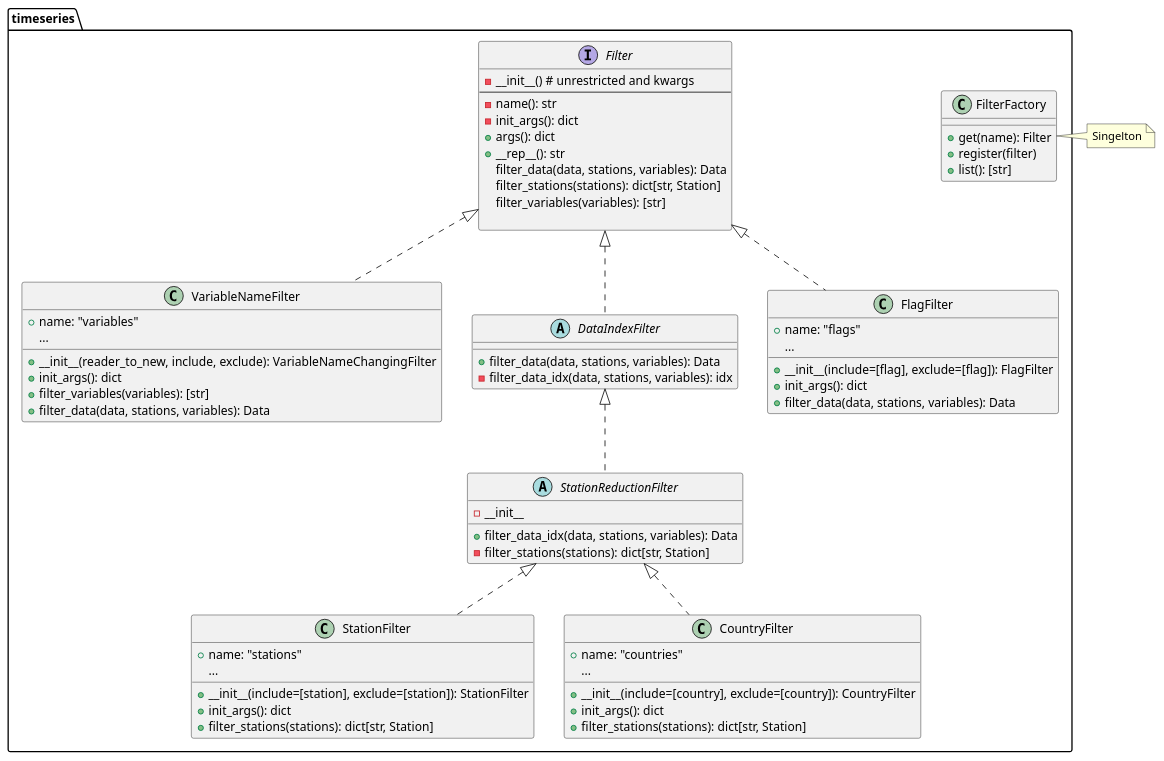
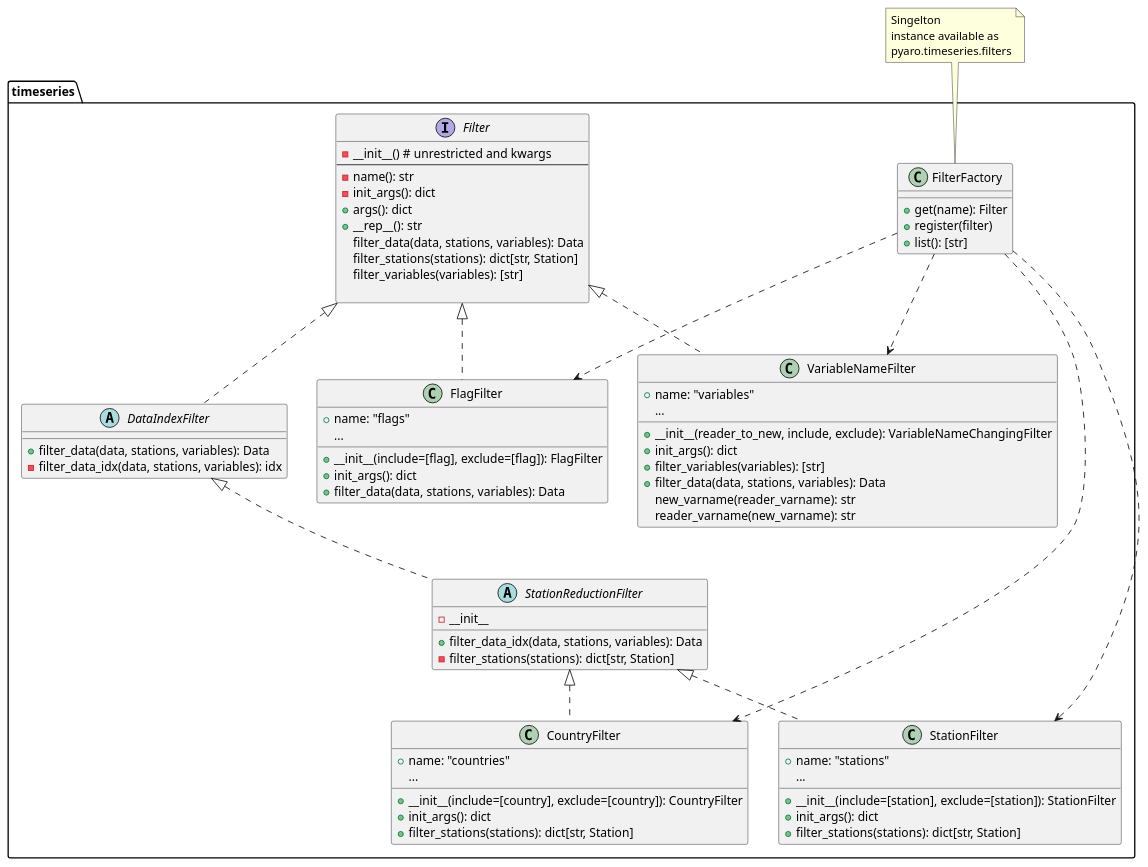
Before and after one commit to metno/pyaro: the diagram in docs/puml/Filter.puml, drawn with PlantUML. The commit also changed 6 other files, not shown here.

Commit message:
adding new AutoFilterReaderEngine helper classes

```diff
--- a/docs/puml/Filter.puml
+++ b/docs/puml/Filter.puml
@@ -1,74 +1,83 @@
 class timeseries.FilterFactory {
     +get(name): Filter
     +register(filter)
     +list(): [str]
 }
-note right of timeseries.FilterFactory
-    Singelton
+note top of timeseries.FilterFactory
+  Singelton
+  instance available as
+  pyaro.timeseries.filters
 end note
 
 interface timeseries.Filter {
   - __init__() # unrestricted and kwargs
   --
   - name(): str
   - init_args(): dict
   + args(): dict
   + __rep__(): str
    filter_data(data, stations, variables): Data
    filter_stations(stations): dict[str, Station]
    filter_variables(variables): [str]
 
 }
 
 class timeseries.VariableNameFilter {
   + __init__(reader_to_new, include, exclude): VariableNameChangingFilter
   + name: "variables"
   + init_args(): dict
   + filter_variables(variables): [str]
   + filter_data(data, stations, variables): Data
+    new_varname(reader_varname): str
+    reader_varname(new_varname): str
   ...
 }
 
 abstract class timeseries.DataIndexFilter {
   + filter_data(data, stations, variables): Data
   - filter_data_idx(data, stations, variables): idx
 }
 
 
 abstract class timeseries.StationReductionFilter {
   - __init__
   + filter_data_idx(data, stations, variables): Data
   - filter_stations(stations): dict[str, Station]
 }
 
 class timeseries.StationFilter {
   + __init__(include=[station], exclude=[station]): StationFilter
   + name: "stations"
   + init_args(): dict
   + filter_stations(stations): dict[str, Station]
   ...
 }
 
 class timeseries.CountryFilter {
   + __init__(include=[country], exclude=[country]): CountryFilter
   + name: "countries"
   + init_args(): dict
   + filter_stations(stations): dict[str, Station]
   ...
 }
 
 class timeseries.FlagFilter {
   + __init__(include=[flag], exclude=[flag]): FlagFilter
   + name: "flags"
   + init_args(): dict
   + filter_data(data, stations, variables): Data
   ...
 }
 
 
 timeseries.Filter <|.. timeseries.VariableNameFilter
 timeseries.Filter <|.. timeseries.DataIndexFilter
 timeseries.DataIndexFilter <|.. timeseries.StationReductionFilter
 timeseries.StationReductionFilter <|.. timeseries.StationFilter
 timeseries.StationReductionFilter <|.. timeseries.CountryFilter
 timeseries.Filter <|.. timeseries.FlagFilter
+
+timeseries.FilterFactory ..> timeseries.VariableNameFilter
+timeseries.FilterFactory ..> timeseries.StationFilter
+timeseries.FilterFactory ..> timeseries.CountryFilter
+timeseries.FilterFactory ..> timeseries.FlagFilter
```
